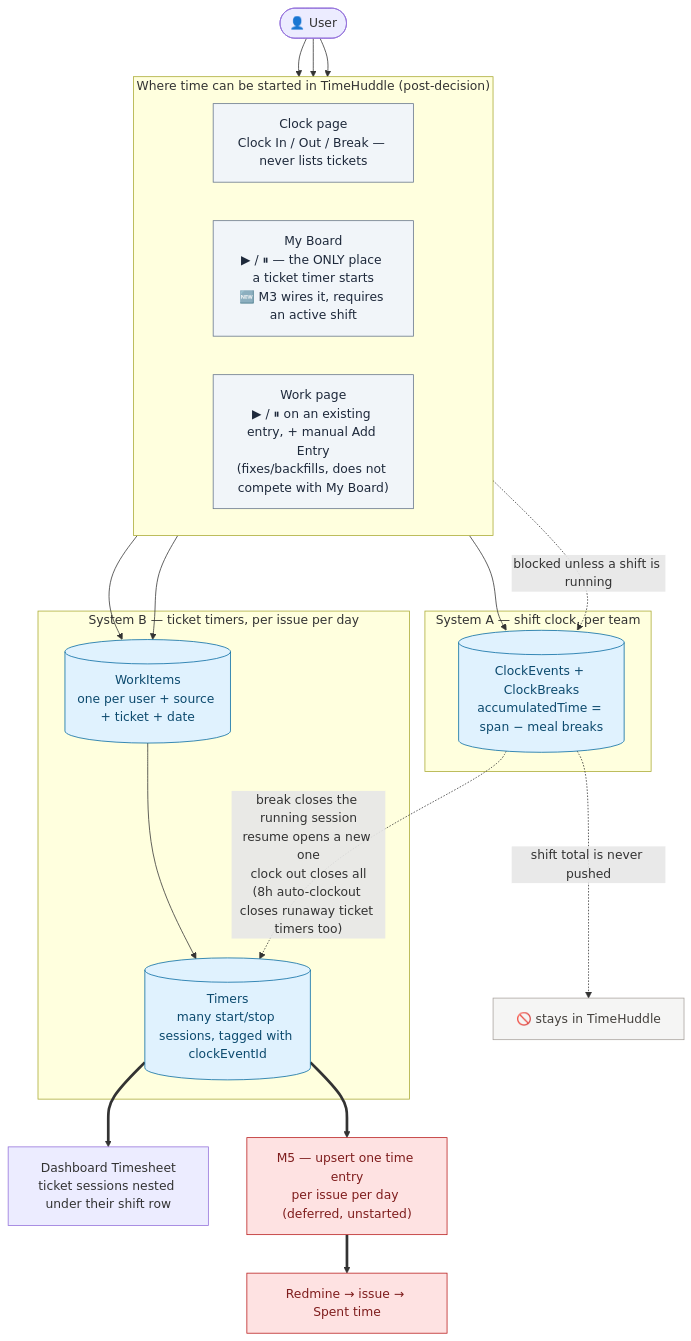
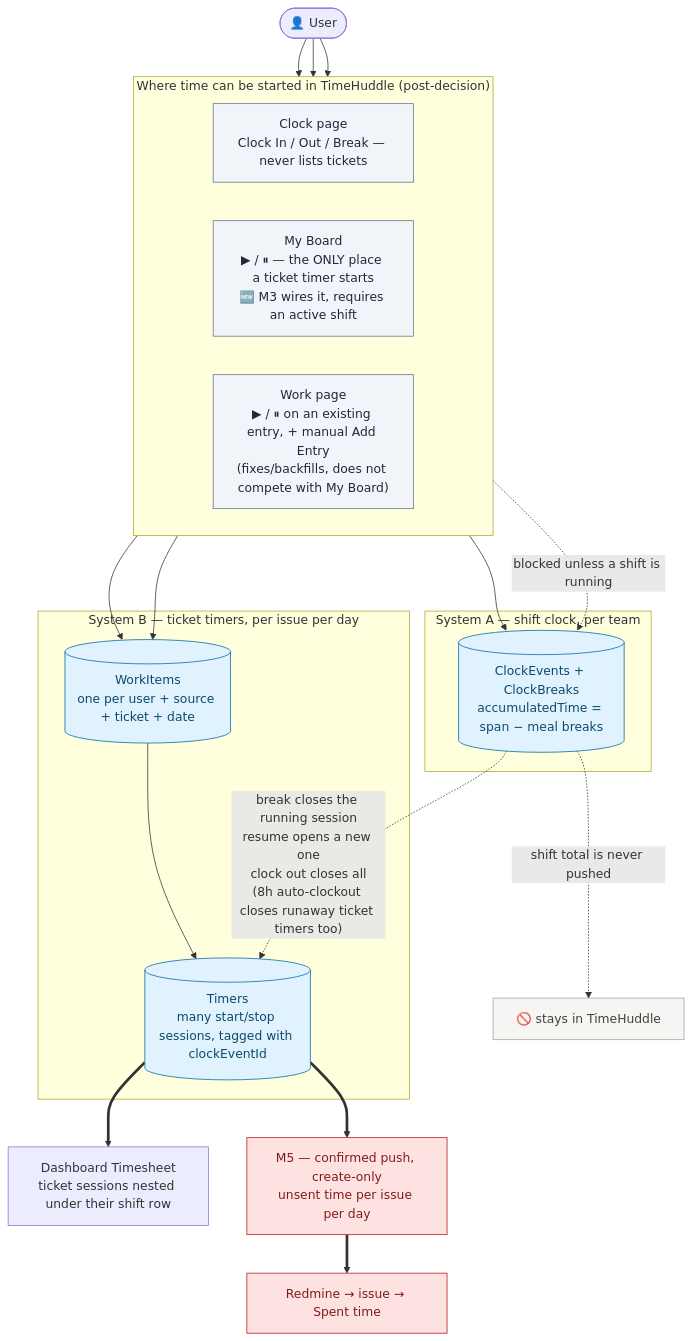
One commit to mieweb/timehuddle changed the first of 2 diagrams in huddle_redmine_clock.md. Above: the diagram before and after it, drawn with Mermaid. The commit also changed other lines of this file and 1 other file, not shown here.

First line of the commit message:
docs(redmine): record D5 — pushing a ticket-day more than once

````diff
--- a/huddle_redmine_clock.md
+++ b/huddle_redmine_clock.md
@@ -505,46 +505,46 @@
 ```mermaid
 flowchart TD
     User(["👤 User"])
 
     subgraph Entry["Where time can be started in TimeHuddle (post-decision)"]
         direction LR
         ShiftBtn["Clock page<br/>Clock In / Out / Break — never lists tickets"]
         BoardPlay["My Board<br/>▶ / ⏸ — the ONLY place a ticket timer starts<br/>🆕 M3 wires it, requires an active shift"]
         WorkRow["Work page<br/>▶ / ⏸ on an existing entry, + manual Add Entry<br/>(fixes/backfills, does not compete with My Board)"]
     end
 
     User --> ShiftBtn
     User --> BoardPlay
     User --> WorkRow
 
     ShiftBtn --> ClockEvents
     BoardPlay -. "blocked unless a shift is running" .-> ClockEvents
     BoardPlay --> WorkItems
     WorkRow --> WorkItems
 
     subgraph SysA["System A — shift clock, per team"]
         ClockEvents[("ClockEvents + ClockBreaks<br/>accumulatedTime = span − meal breaks")]
     end
 
     subgraph SysB["System B — ticket timers, per issue per day"]
         WorkItems[("WorkItems<br/>one per user + source + ticket + date")]
         Sessions[("Timers<br/>many start/stop sessions, tagged with clockEventId")]
         WorkItems --> Sessions
     end
 
     ClockEvents -. "break closes the running session<br/>resume opens a new one<br/>clock out closes all<br/>(8h auto-clockout closes runaway ticket timers too)" .-> Sessions
     ClockEvents -. "shift total is never pushed" .-> NotSynced["🚫 stays in TimeHuddle"]
     Sessions ==> Timesheet["Dashboard Timesheet<br/>ticket sessions nested under their shift row"]
-    Sessions ==> SyncEngine["M5 — upsert one time entry<br/>per issue per day (deferred, unstarted)"]
+    Sessions ==> SyncEngine["M5 — confirmed push, create-only<br/>unsent time per issue per day"]
     SyncEngine ==> Spent["Redmine → issue → Spent time"]
 
     classDef huddle fill:#e0f2fe,stroke:#0369a1,color:#0c4a6e
     classDef redmine fill:#fee2e2,stroke:#b91c1c,color:#7f1d1d
     classDef entry fill:#f1f5f9,stroke:#64748b,color:#1e293b
     classDef blocked fill:#f5f5f4,stroke:#a8a29e,color:#44403c
 
     class ClockEvents,WorkItems,Sessions huddle
     class SyncEngine,Spent redmine
     class ShiftBtn,BoardPlay,WorkRow entry
     class NotSynced blocked
 ```
````
